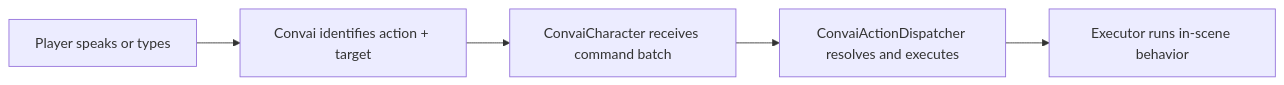
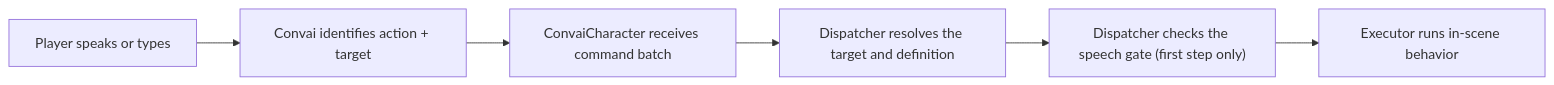
One commit to Conv-AI/Convai-Documentation changed the diagram in plugins-and-integrations/convai-unity-sdk/features/character-actions/how-character-actions-work.md. Above: the diagram before and after it, drawn with Mermaid. The commit also changed other lines of this file and 13 other files, not shown here.

````diff
--- a/plugins-and-integrations/convai-unity-sdk/features/character-actions/how-character-actions-work.md
+++ b/plugins-and-integrations/convai-unity-sdk/features/character-actions/how-character-actions-work.md
@@ -12,7 +13,8 @@
 ```mermaid
 graph LR
     A["Player speaks or types"] --> B["Convai identifies action + target"]
     B --> C["ConvaiCharacter receives command batch"]
-    C --> D["ConvaiActionDispatcher resolves and executes"]
-    D --> E["Executor runs in-scene behavior"]
+    C --> D["Dispatcher resolves the target and definition"]
+    D --> E["Dispatcher checks the speech gate (first step only)"]
+    E --> F["Executor runs in-scene behavior"]
 ```
````
